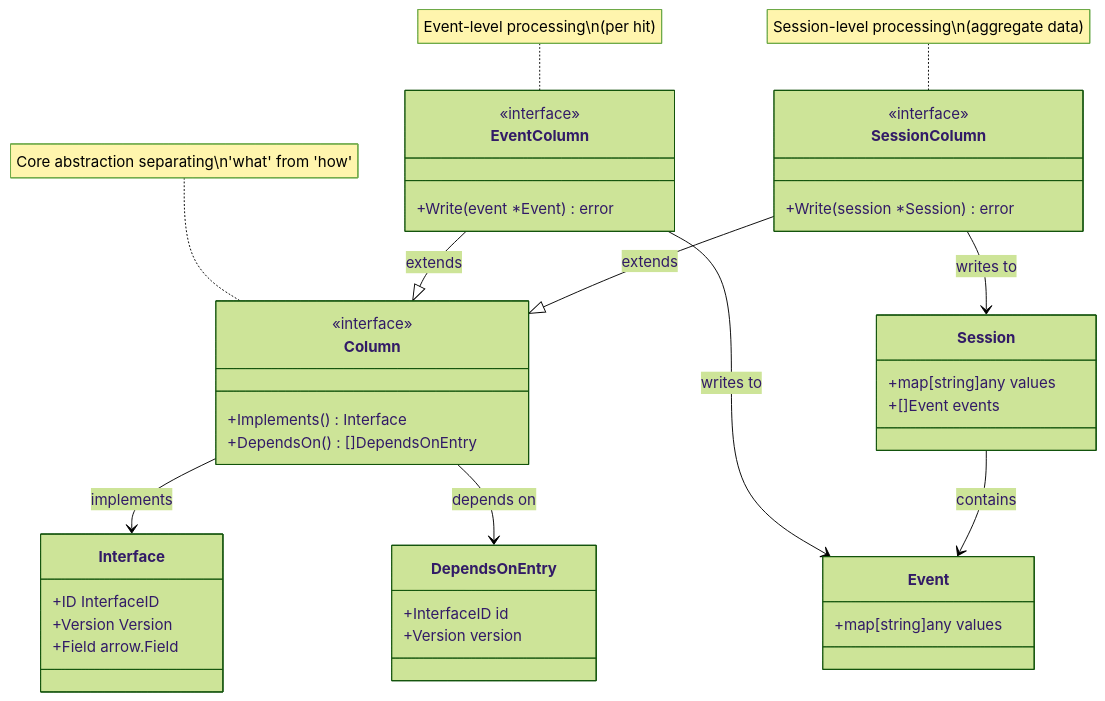
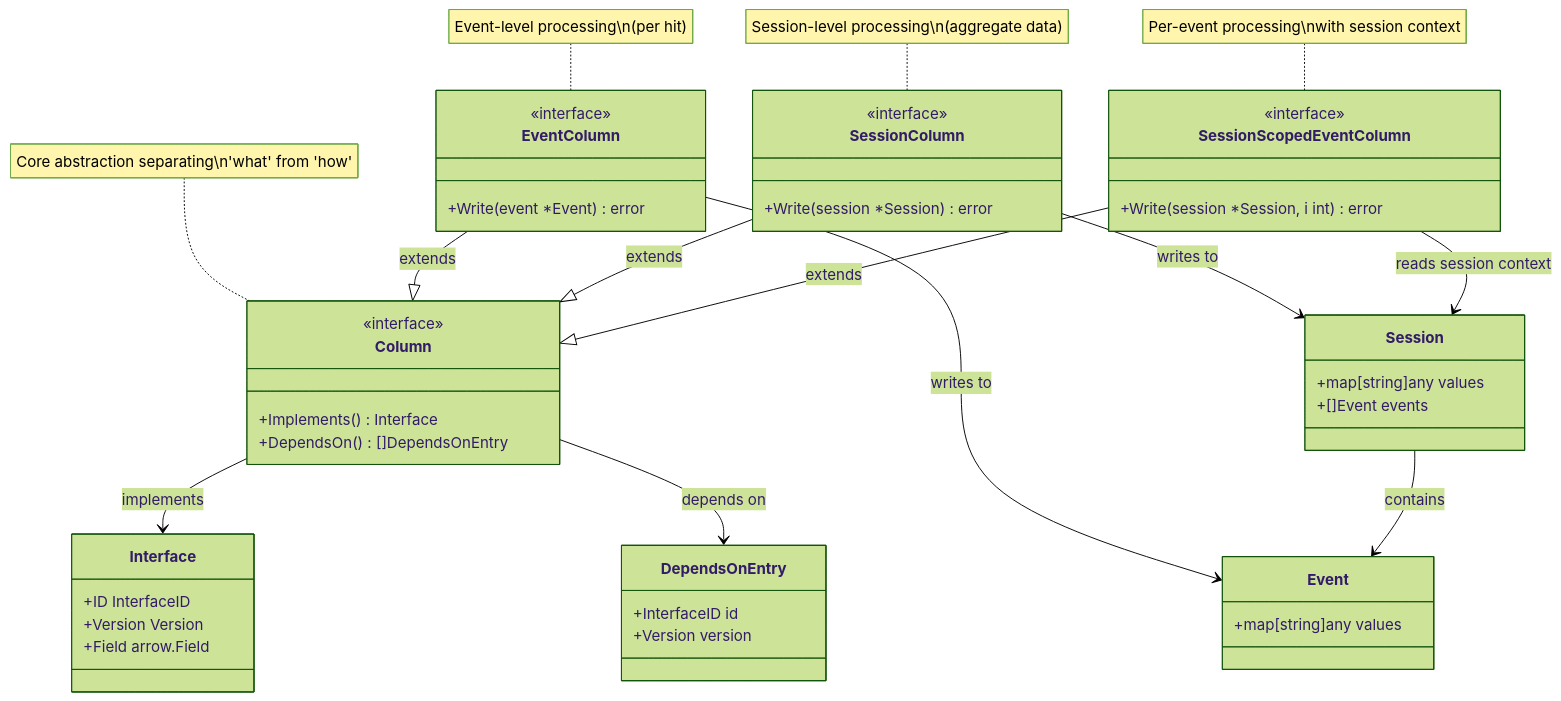
The sixth of 8 diagrams in docs/docs/articles/technical-deep-dive.md (d8a-tech/d8a), drawn with Mermaid (forest theme) before and after one commit. The commit also changed other lines of this file and 39 other files, not shown here.

````diff
--- a/docs/docs/articles/technical-deep-dive.md
+++ b/docs/docs/articles/technical-deep-dive.md
@@ -248,50 +331,58 @@
 ```mermaid
 classDiagram
     class Interface {
         +ID InterfaceID
         +Version Version
         +Field arrow.Field
     }
     
     class Column {
         <<interface>>
         +Implements() Interface
         +DependsOn() []DependsOnEntry
     }
     
     class EventColumn {
         <<interface>>
         +Write(event *Event) error
     }
     
     class SessionColumn {
         <<interface>>
         +Write(session *Session) error
     }
     
+    class SessionScopedEventColumn {
+        <<interface>>
+        +Write(session *Session, i int) error
+    }
+    
     class Event {
         +map[string]any values
     }
     
     class Session {
         +map[string]any values
         +[]Event events
     }
     
     class DependsOnEntry {
         +InterfaceID id
         +Version version
     }
     
     Column --> Interface : implements
     Column --> DependsOnEntry : depends on
     EventColumn --|> Column : extends
     SessionColumn --|> Column : extends
+    SessionScopedEventColumn --|> Column : extends
     EventColumn --> Event : writes to
     SessionColumn --> Session : writes to
+    SessionScopedEventColumn --> Session : reads session context
     Session --> Event : contains
     
     note for Column "Core abstraction separating\n'what' from 'how'"
     note for EventColumn "Event-level processing\n(per hit)"
     note for SessionColumn "Session-level processing\n(aggregate data)"
+    note for SessionScopedEventColumn "Per-event processing\nwith session context"
 ```
````
